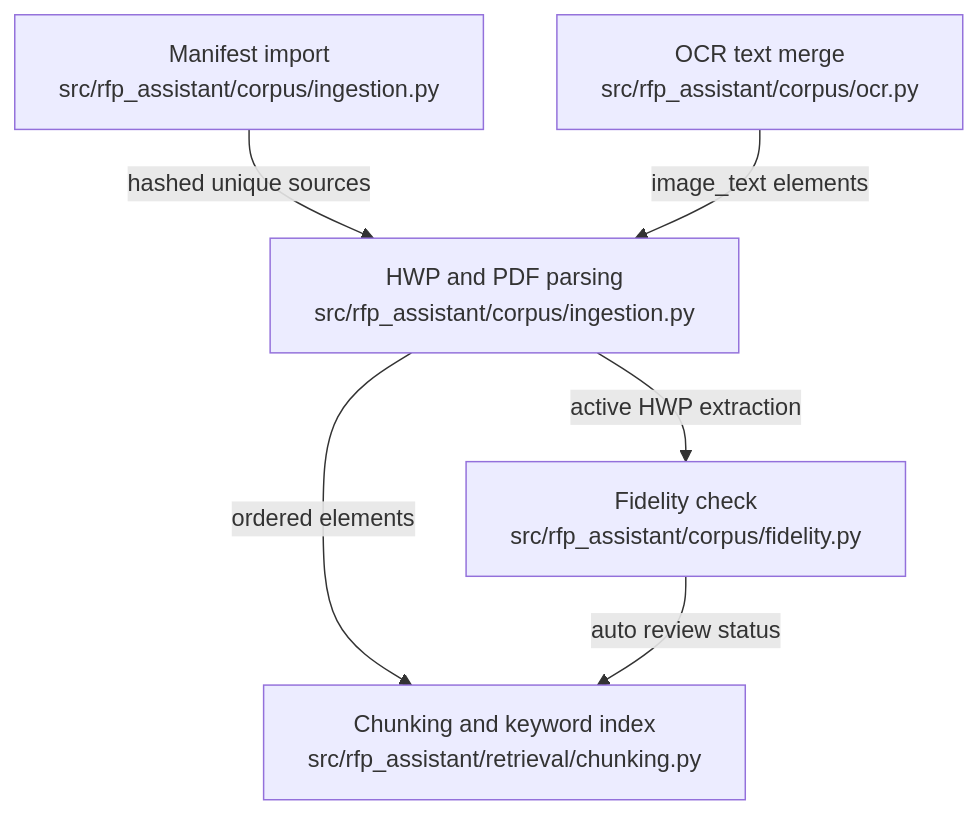
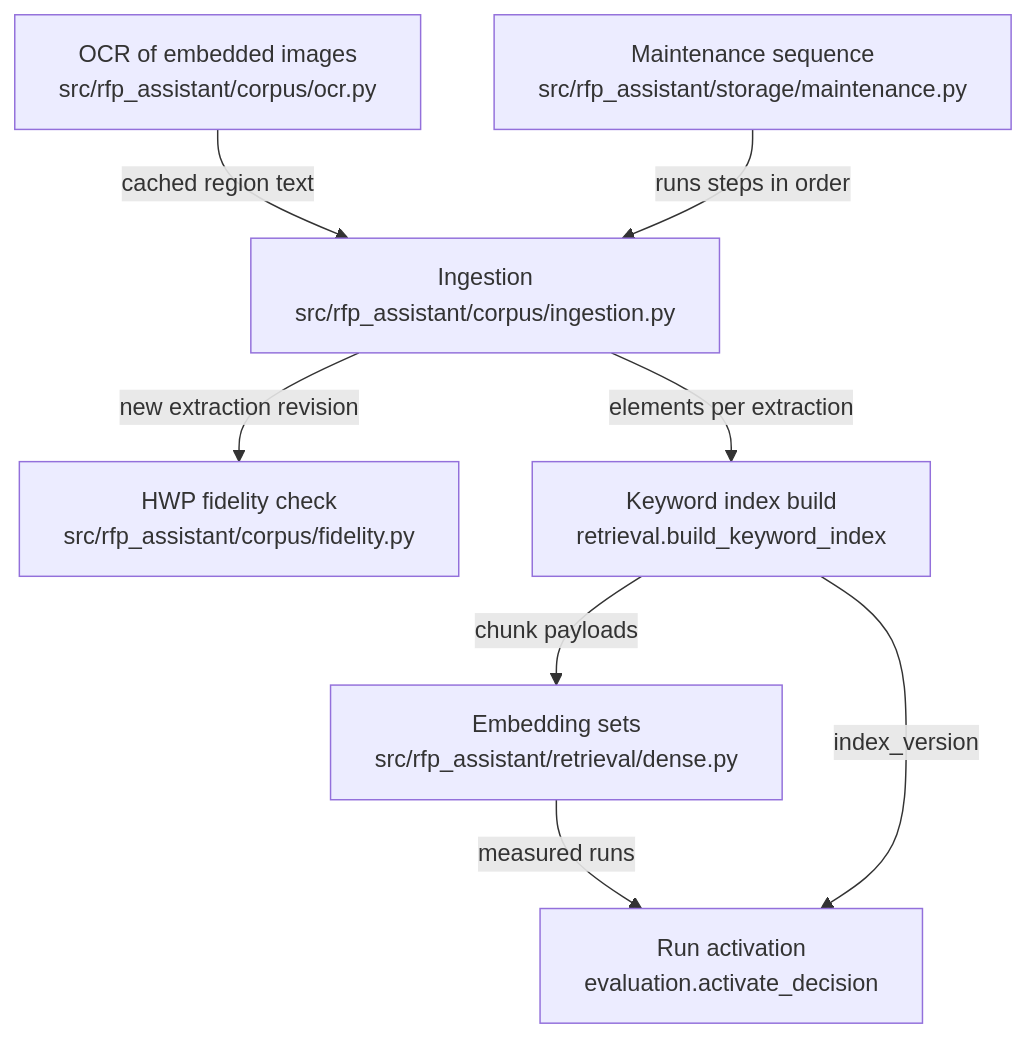
The diagram in .omm/overall-architecture/corpus-pipeline/diagram.mmd (littleeeeebit/project-codeit-mid), drawn with Mermaid before and after one commit. The commit also changed 367 other files, not shown here.

```diff
--- a/.omm/overall-architecture/corpus-pipeline/diagram.mmd
+++ b/.omm/overall-architecture/corpus-pipeline/diagram.mmd
@@ -1,11 +1,8 @@
 graph TD
-  manifest-import["Manifest import\nsrc/rfp_assistant/corpus/ingestion.py"]
-  source-parsing["HWP and PDF parsing\nsrc/rfp_assistant/corpus/ingestion.py"]
-  ocr-merge["OCR text merge\nsrc/rfp_assistant/corpus/ocr.py"]
-  fidelity-check["Fidelity check\nsrc/rfp_assistant/corpus/fidelity.py"]
-  chunk-index["Chunking and keyword index\nsrc/rfp_assistant/retrieval/chunking.py"]
-  manifest-import -->|hashed unique sources| source-parsing
-  ocr-merge -->|image_text elements| source-parsing
-  source-parsing -->|active HWP extraction| fidelity-check
-  source-parsing -->|ordered elements| chunk-index
-  fidelity-check -->|auto review status| chunk-index
+  ocr-merge["OCR of embedded images\nsrc/rfp_assistant/corpus/ocr.py"] -->|"cached region text"| ingestion["Ingestion\nsrc/rfp_assistant/corpus/ingestion.py"]
+  ingestion -->|"new extraction revision"| fidelity-check["HWP fidelity check\nsrc/rfp_assistant/corpus/fidelity.py"]
+  ingestion -->|"elements per extraction"| keyword-build["Keyword index build\nretrieval.build_keyword_index"]
+  keyword-build -->|"chunk payloads"| dense-build["Embedding sets\nsrc/rfp_assistant/retrieval/dense.py"]
+  dense-build -->|"measured runs"| run-activation["Run activation\nevaluation.activate_decision"]
+  keyword-build -->|"index_version"| run-activation
+  maintenance-sequence["Maintenance sequence\nsrc/rfp_assistant/storage/maintenance.py"] -->|"runs steps in order"| ingestion
```
